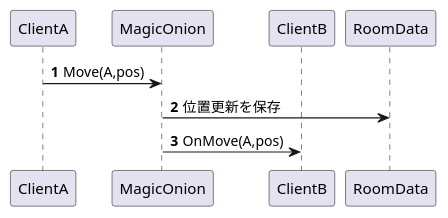
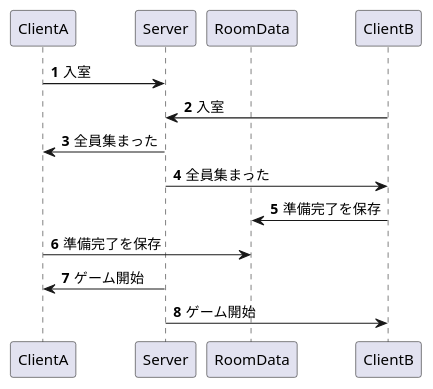
Before and after one commit to Bekomochi/RealTime-Repository: the diagram in Admin/app/src/database/migrations/Ready.puml, drawn with PlantUML. The commit also changed 4 other files, not shown here.

Commit message:
シーケンス図(ゲーム開始/終了)を編集、その他シーケンス図の微調整

```diff
--- a/Admin/app/src/database/migrations/Ready.puml
+++ b/Admin/app/src/database/migrations/Ready.puml
@@ -1,15 +1,23 @@
 @startuml
 'https://plantuml.com/sequence-diagram
 
 autonumber
 
 participant ClientA
-participant MagicOnion
+participant Server
+participant RoomData
 participant ClientB
-participant RoomData
 
-ClientA->MagicOnion:Move(A,pos)
-MagicOnion->RoomData:位置更新を保存
-ClientB<-MagicOnion:OnMove(A,pos)
+ClientA->Server:入室
+ClientB->Server:入室
+
+ClientA<-Server:全員集まった
+ClientB<-Server:全員集まった
+
+ClientB->RoomData:準備完了を保存
+ClientA->RoomData:準備完了を保存
+
+ClientA<-Server:ゲーム開始
+ClientB<-Server:ゲーム開始
 
 @enduml
```
